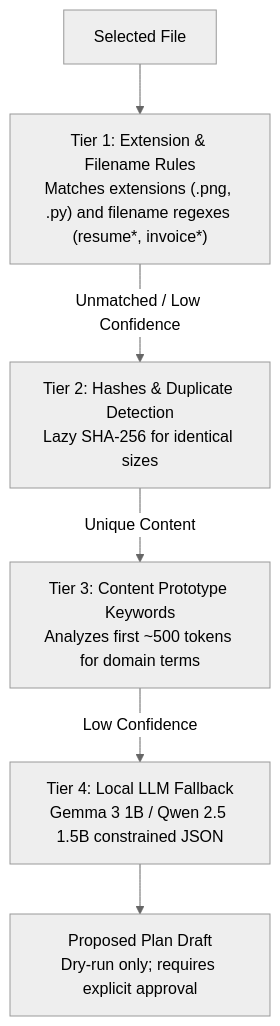
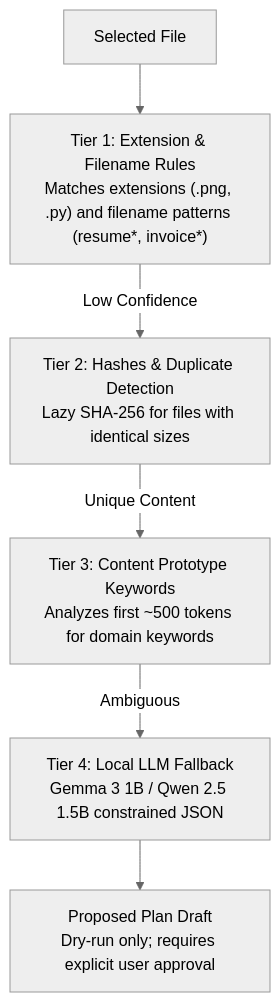
One commit to TejasRawool186/FolderPilot changed the first of 2 diagrams in README.md. Above: the diagram before and after it, drawn with Mermaid (neutral theme). The commit also changed other lines of this file and 1 other file, not shown here.

````diff
--- a/README.md
+++ b/README.md
@@ -74,8 +52,8 @@
 ```mermaid
 flowchart TD
-    FILE["Selected File"] --> T1["Tier 1: Extension & Filename Rules<br/>Matches extensions (.png, .py) and filename regexes (resume*, invoice*)"]
-    T1 -- Unmatched / Low Confidence --> T2["Tier 2: Hashes & Duplicate Detection<br/>Lazy SHA-256 for identical sizes"]
-    T2 -- Unique Content --> T3["Tier 3: Content Prototype Keywords<br/>Analyzes first ~500 tokens for domain terms"]
-    T3 -- Low Confidence --> T4["Tier 4: Local LLM Fallback<br/>Gemma 3 1B / Qwen 2.5 1.5B constrained JSON"]
-    T4 --> PLAN["Proposed Plan Draft<br/>Dry-run only; requires explicit approval"]
+    FILE["Selected File"] --> T1["Tier 1: Extension & Filename Rules<br/>Matches extensions (.png, .py) and filename patterns (resume*, invoice*)"]
+    T1 -- Low Confidence --> T2["Tier 2: Hashes & Duplicate Detection<br/>Lazy SHA-256 for files with identical sizes"]
+    T2 -- Unique Content --> T3["Tier 3: Content Prototype Keywords<br/>Analyzes first ~500 tokens for domain keywords"]
+    T3 -- Ambiguous --> T4["Tier 4: Local LLM Fallback<br/>Gemma 3 1B / Qwen 2.5 1.5B constrained JSON"]
+    T4 --> PLAN["Proposed Plan Draft<br/>Dry-run only; requires explicit user approval"]
 ```
````
